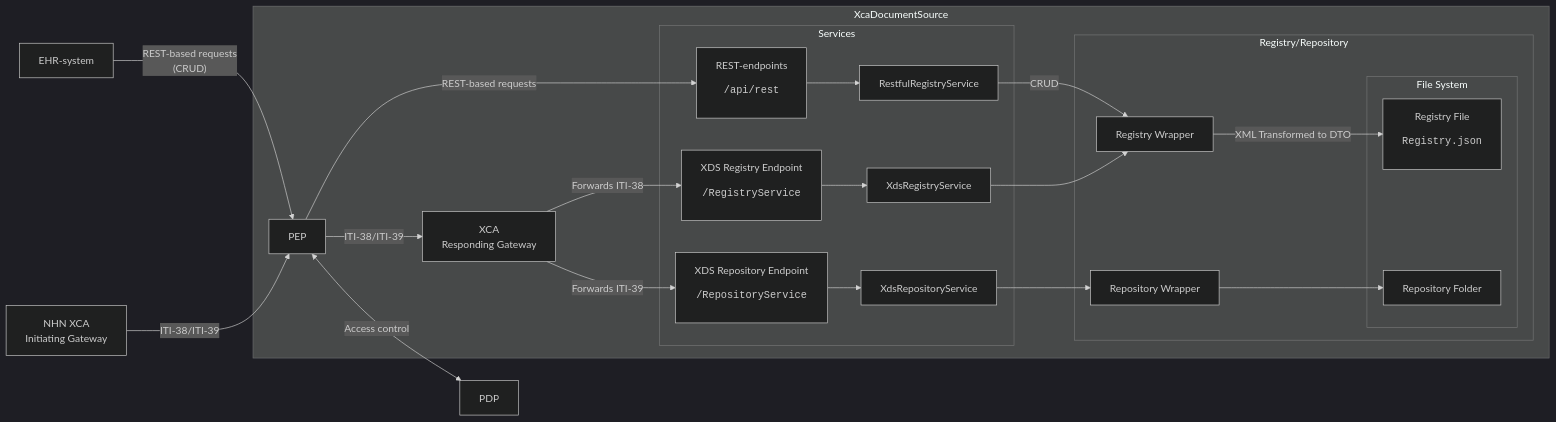
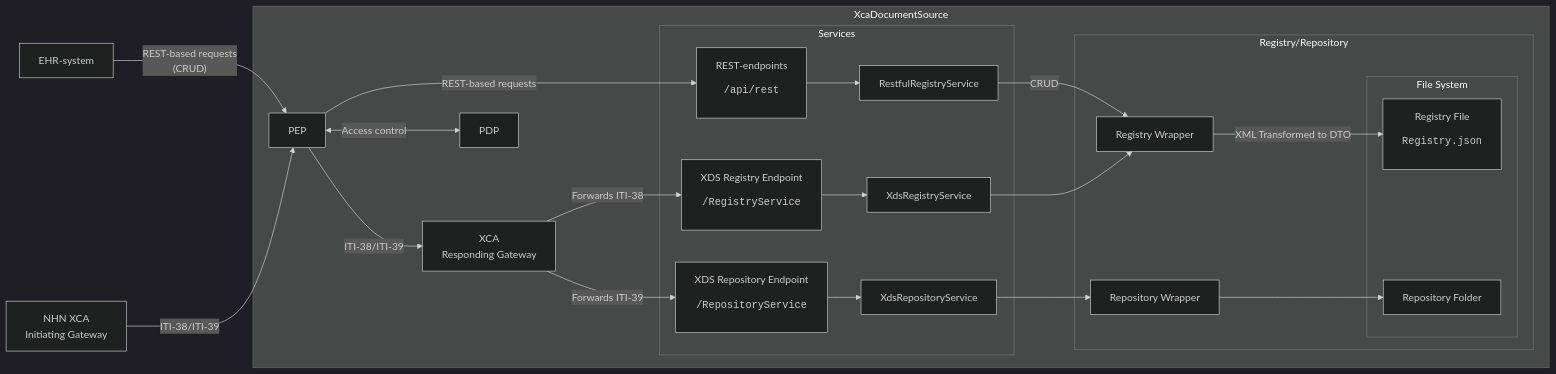
Before and after one commit to timmo-nhn/XcaDocumentSource: the first of 2 diagrams in Docs/TechnicalImplementation.md, drawn with Mermaid. The commit also changed other lines of this file and 11 other files, not shown here.

````diff
--- a/Docs/TechnicalImplementation.md
+++ b/Docs/TechnicalImplementation.md
@@ -20,59 +20,61 @@
 ```mermaid
 %%{init: {'theme':'dark'}}%%
 
 flowchart LR
 
 nhnxca[NHN XCA <br> Initiating Gateway]
 
 epr[EHR-system]
 
 
 subgraph "XcaDocumentSource"
     pep[PEP]
     xcares[XCA<br>Responding Gateway]
+
+    pdp[PDP]
 
     subgraph "Services"
         restep["REST-endpoints<br><pre>/api/rest"]
         regep[XDS Registry Endpoint<br><pre>/RegistryService]
         repep[XDS Repository Endpoint<br><pre>/RepositoryService]
 
         rests["RestfulRegistryService"]
 
         regs[XdsRegistryService]
         reps[XdsRepositoryService]
     end
 
     subgraph "Registry/Repository"
         regw[Registry Wrapper]
         repw[Repository Wrapper]
         subgraph "File System"
             regfile[Registry File<br><pre>Registry.json]
             repfol[Repository Folder]
         end
     end
 end
 
 epr--REST-based requests<br>(CRUD)-->pep--REST-based requests-->restep
 
 nhnxca --ITI-38/ITI-39--> pep
 
 pep --ITI-38/ITI-39--> xcares
-pep <--Access control--> PDP
+pep <--Access control--> pdp
 
 xcares --Forwards ITI-38--> regep
 xcares --Forwards ITI-39--> repep
 
 regep --> regs
 repep --> reps
 
 restep --> rests
 
 rests --CRUD--> regw
 
 regs --> regw
 reps --> repw
 
 
 regw--XML Transformed to DTO-->regfile
 repw-->repfol
 ```
````
